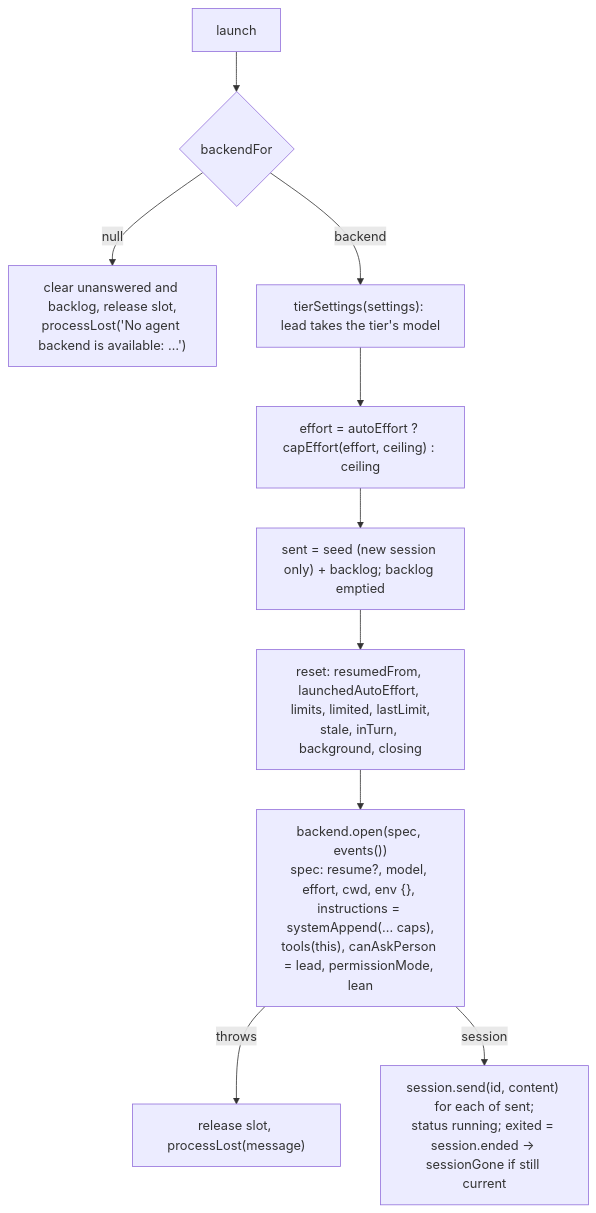
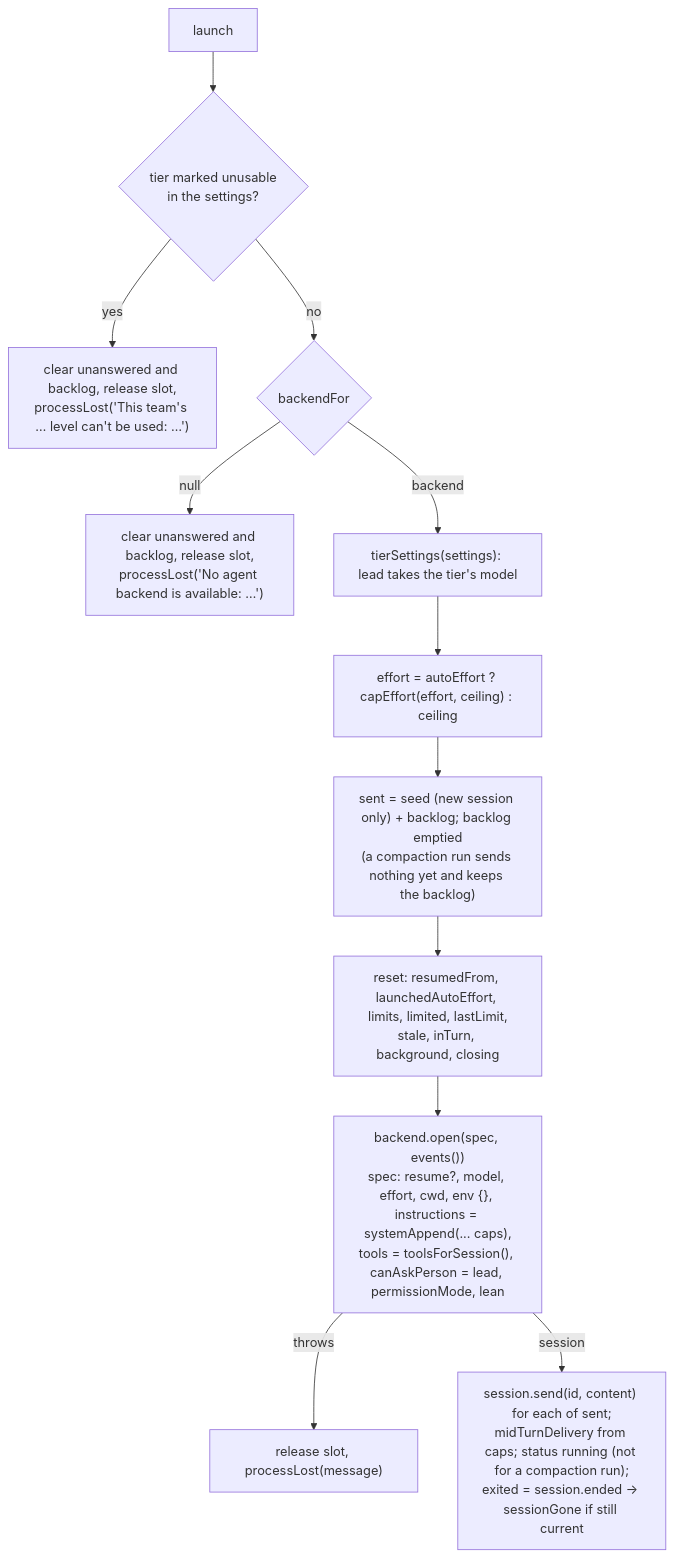
One commit to Luxorium/masthead changed the diagram in docs/wiki/Source-Runtime.md. Above: the diagram before and after it, drawn with Mermaid. The commit also changed other lines of this file and 124 other files, not shown here.

````diff
--- a/docs/wiki/Source-Runtime.md
+++ b/docs/wiki/Source-Runtime.md
@@ -147,12 +152,14 @@
 ```mermaid
 flowchart TD
-  A[launch] --> B{backendFor}
+  A[launch] --> A0{"tier marked unusable<br/>in the settings?"}
+  A0 -- yes --> A1["clear unanswered and backlog, release slot,<br/>processLost('This team's … level can't be used: …')"]
+  A0 -- no --> B{backendFor}
   B -- null --> B1["clear unanswered and backlog, release slot,<br/>processLost('No agent backend is available: …')"]
   B -- backend --> C["tierSettings(settings): lead takes the tier's model"]
   C --> D["effort = autoEffort ? capEffort(effort, ceiling) : ceiling"]
-  D --> E["sent = seed (new session only) + backlog; backlog emptied"]
+  D --> E["sent = seed (new session only) + backlog; backlog emptied<br/>(a compaction run sends nothing yet and keeps the backlog)"]
   E --> F["reset: resumedFrom, launchedAutoEffort, limits, limited, lastLimit,<br/>stale, inTurn, background, closing"]
-  F --> G["backend.open(spec, events())<br/>spec: resume?, model, effort, cwd, env {}, instructions = systemAppend(... caps),<br/>tools(this), canAskPerson = lead, permissionMode, lean"]
+  F --> G["backend.open(spec, events())<br/>spec: resume?, model, effort, cwd, env {}, instructions = systemAppend(... caps),<br/>tools = toolsForSession(), canAskPerson = lead, permissionMode, lean"]
   G -- throws --> G1["release slot, processLost(message)"]
-  G -- session --> H["session.send(id, content) for each of sent;<br/>status running; exited = session.ended → sessionGone if still current"]
+  G -- session --> H["session.send(id, content) for each of sent;<br/>midTurnDelivery from caps; status running (not for a compaction run);<br/>exited = session.ended → sessionGone if still current"]
 ```
````
